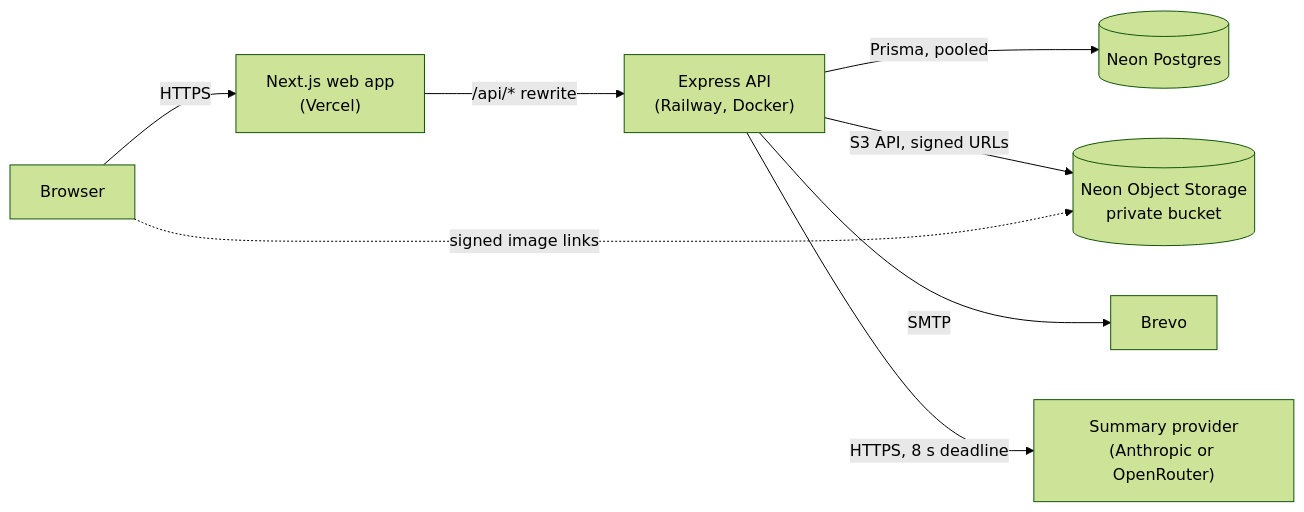
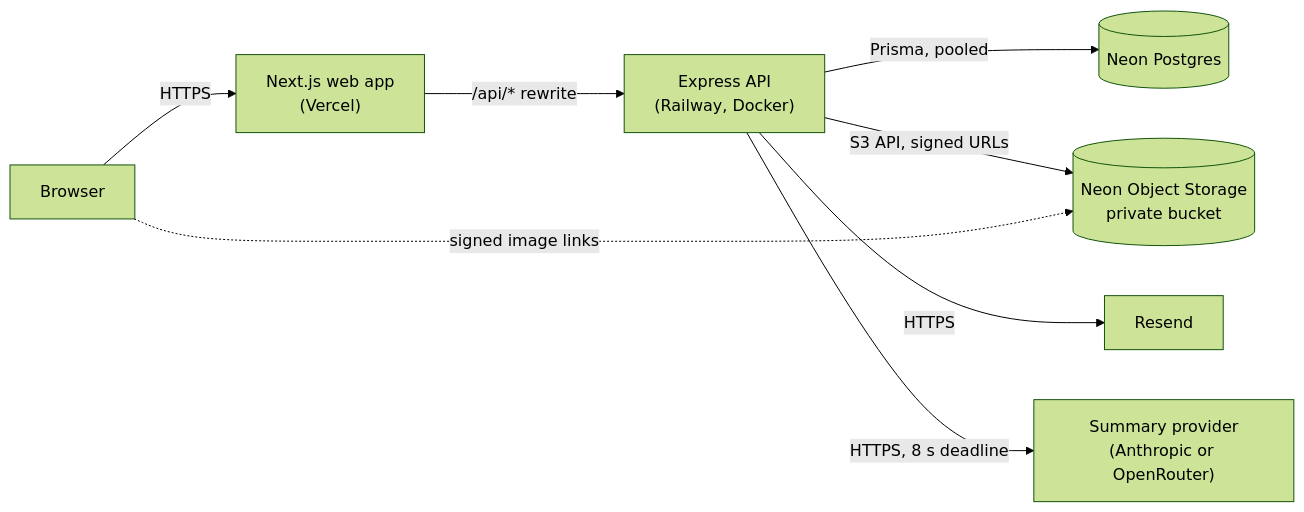
Before and after one commit to jubair-jx/travel-photo-journal: the first of 2 diagrams in README.md, drawn with Mermaid (forest theme). The commit also changed other lines of this file and 9 other files, not shown here.

Commit message:
feat(api): send mail with resend instead of brevo

````diff
--- a/README.md
+++ b/README.md
@@ -43,10 +43,10 @@
 ```mermaid
 flowchart LR
   Browser["Browser"] -->|"HTTPS"| Web["Next.js web app<br/>(Vercel)"]
   Web -->|"/api/* rewrite"| API["Express API<br/>(Railway, Docker)"]
   API -->|"Prisma, pooled"| DB[("Neon Postgres")]
   API -->|"S3 API, signed URLs"| R2[("Neon Object Storage<br/>private bucket")]
-  API -->|"SMTP"| Mail["Brevo"]
+  API -->|"HTTPS"| Mail["Resend"]
   API -->|"HTTPS, 8 s deadline"| Summaries["Summary provider<br/>(Anthropic or OpenRouter)"]
   Browser -.->|"signed image links"| R2
 ```
````
